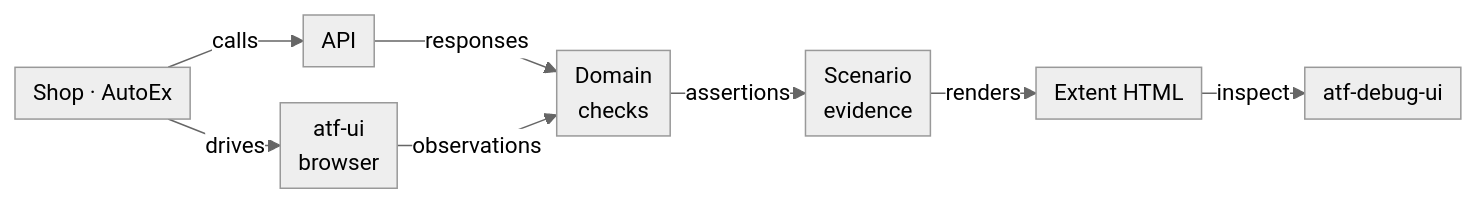
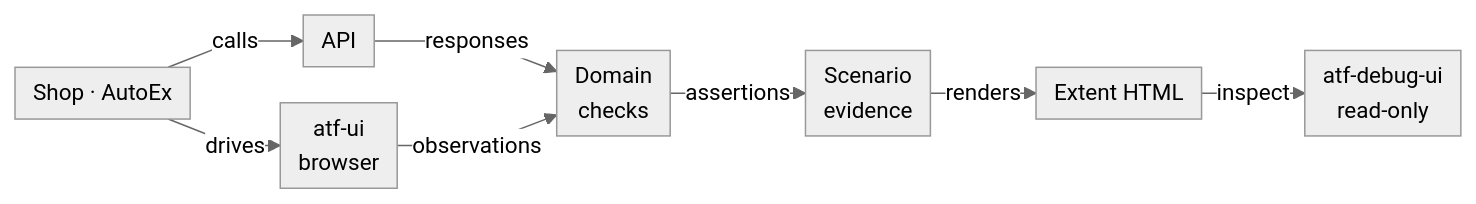
One commit to crististefanita/atf_j1 changed the first of 3 diagrams in README.md. Above: the diagram before and after it, drawn with Mermaid. The commit also changed other lines of this file and 58 other files, not shown here.

````diff
--- a/README.md
+++ b/README.md
@@ -39,18 +38,18 @@
 ```mermaid
 %%{init: {"theme":"neutral","themeVariables":{"fontSize":"15px"},"themeCSS":".edgeLabel, .edgeLabel p { font-size: 12px !important; } .node rect { rx: 6px; ry: 6px; }","flowchart":{"curve":"linear","nodeSpacing":24,"rankSpacing":20,"padding":6},"sequence":{"mirrorActors":false,"messageMargin":24}}}%%
 flowchart LR
     App["Shop · AutoEx"]
     API["API"]
     Browser["atf-ui<br/>browser"]
     Checks["Domain<br/>checks"]
     Evidence["Scenario<br/>evidence"]
     Report["Extent HTML"]
-    Inspector["atf-debug-ui"]
+    Inspector["atf-debug-ui<br/>read-only"]
     App -->|calls| API
     App -->|drives| Browser
     API -->|responses| Checks
     Browser -->|observations| Checks
     Checks -->|assertions| Evidence
     Evidence -->|renders| Report
     Report -->|inspect| Inspector
 ```
````
